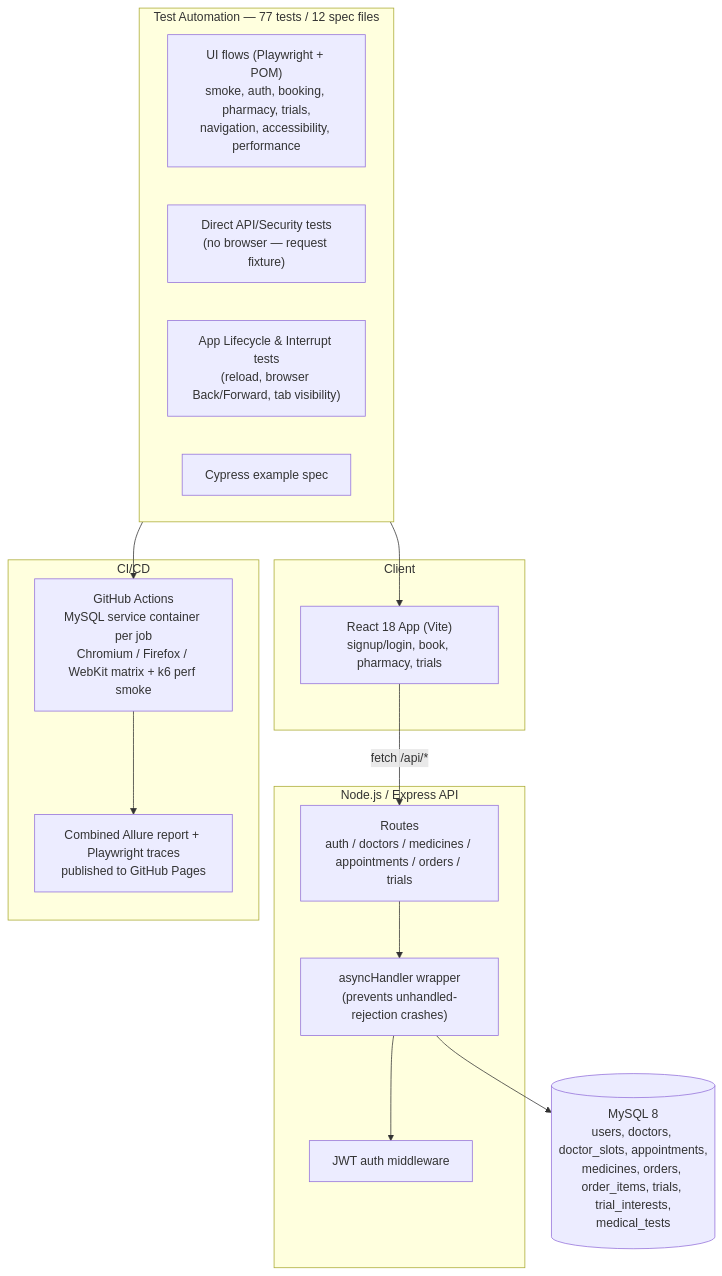
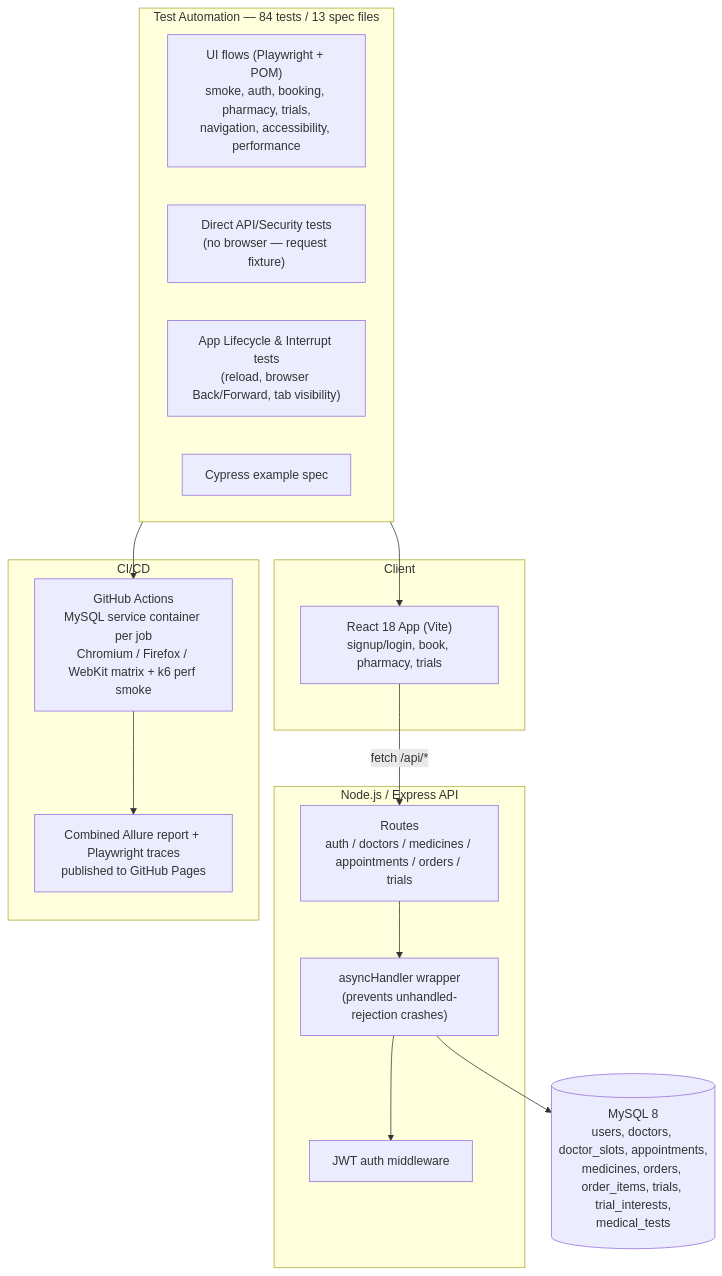
One commit to REZAULKARIM2024/MeridianHealth-test-automation changed the diagram in README.md. Above: the diagram before and after it, drawn with Mermaid. The commit also changed other lines of this file and 2 other files, not shown here.

Commit message:
Add story-criteria tests (BOOK/RX) from Claude-drafted, reviewed cases; document AI status

````diff
--- a/README.md
+++ b/README.md
@@ -79,35 +79,35 @@
 ```mermaid
 flowchart TB
     subgraph Client
         React["React 18 App (Vite)<br/>signup/login, book, pharmacy, trials"]
     end
 
     subgraph Backend["Node.js / Express API"]
         Routes["Routes<br/>auth / doctors / medicines / appointments / orders / trials"]
         AsyncHandler["asyncHandler wrapper<br/>(prevents unhandled-rejection crashes)"]
         Auth["JWT auth middleware"]
     end
 
     DB[("MySQL 8<br/>users, doctors, doctor_slots, appointments,<br/>medicines, orders, order_items, trials, trial_interests,<br/>medical_tests")]
 
     React -->|fetch /api/*| Routes
     Routes --> AsyncHandler
     AsyncHandler --> Auth
     AsyncHandler --> DB
 
-    subgraph Tests["Test Automation — 77 tests / 12 spec files"]
+    subgraph Tests["Test Automation — 84 tests / 13 spec files"]
         UI["UI flows (Playwright + POM)<br/>smoke, auth, booking, pharmacy, trials,<br/>navigation, accessibility, performance"]
         API["Direct API/Security tests<br/>(no browser — request fixture)"]
         Lifecycle["App Lifecycle & Interrupt tests<br/>(reload, browser Back/Forward, tab visibility)"]
         Cypress["Cypress example spec"]
     end
 
     subgraph Pipeline["CI/CD"]
         GHA["GitHub Actions<br/>MySQL service container per job<br/>Chromium / Firefox / WebKit matrix + k6 perf smoke"]
         AllureReport["Combined Allure report + Playwright traces<br/>published to GitHub Pages"]
     end
 
     Tests --> React
     Tests --> GHA
     GHA --> AllureReport
 ```
````
